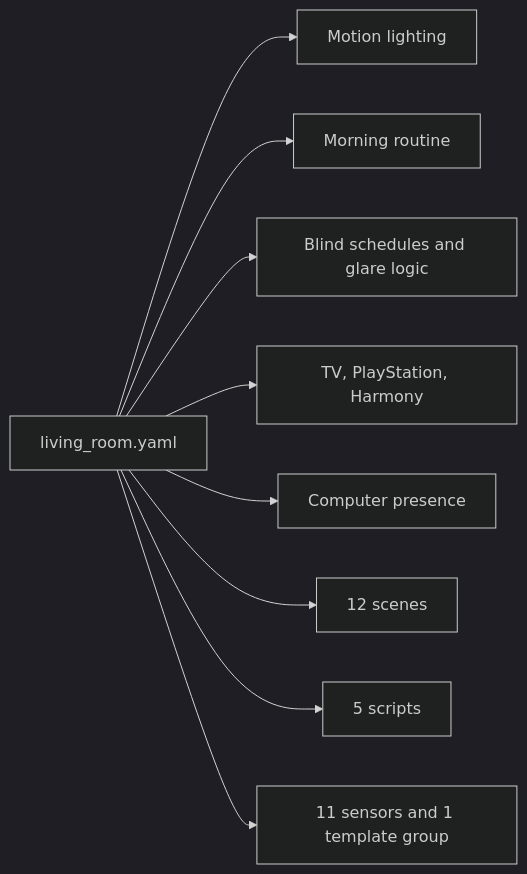
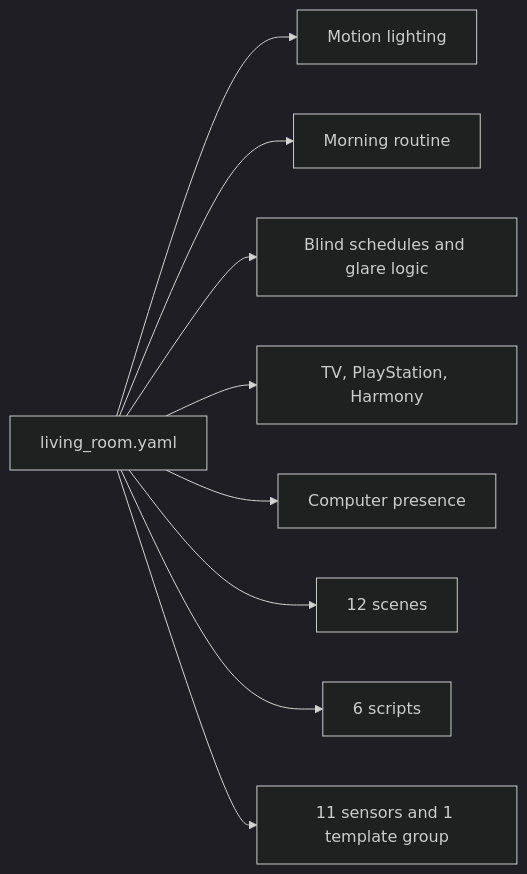
One commit to dannytsang/homeassistant-config changed the second of 3 diagrams in packages/rooms/living_room/README.md. Above: the diagram before and after it, drawn with Mermaid (dark theme). The commit also changed other lines of this file and 6 other files, not shown here.

````diff
--- a/packages/rooms/living_room/README.md
+++ b/packages/rooms/living_room/README.md
@@ -54,11 +54,11 @@
 ```mermaid
 flowchart LR
     LivingYaml[living_room.yaml] --> MotionBlock[Motion lighting]
     LivingYaml --> Morning[Morning routine]
     LivingYaml --> BlindBlock[Blind schedules and glare logic]
     LivingYaml --> MediaBlock[TV, PlayStation, Harmony]
     LivingYaml --> ComputerBlock[Computer presence]
     LivingYaml --> Scenes[12 scenes]
-    LivingYaml --> Scripts[5 scripts]
+    LivingYaml --> Scripts[6 scripts]
     LivingYaml --> Sensors[11 sensors and 1 template group]
 ```
````
